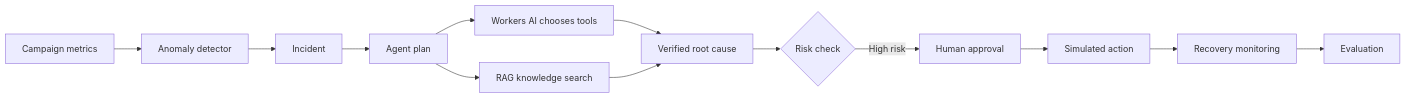
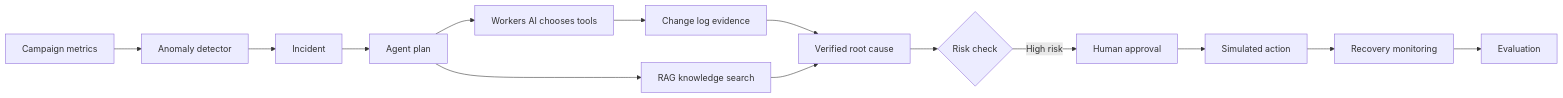
Before and after one commit to kaiying-coder/adpilot: the first of 2 diagrams in README.md, drawn with Mermaid. The commit also changed other lines of this file and 10 other files, not shown here.

````diff
--- a/README.md
+++ b/README.md
@@ -55,15 +55,16 @@
 ```mermaid
 flowchart LR
   A[Campaign metrics] --> B[Anomaly detector]
   B --> C[Incident]
   C --> D[Agent plan]
   D --> E[Workers AI chooses tools]
   D --> F[RAG knowledge search]
-  E --> G[Verified root cause]
+  E --> X[Change log evidence]
+  X --> G[Verified root cause]
   F --> G
   G --> H{Risk check}
   H -->|High risk| I[Human approval]
   I --> J[Simulated action]
   J --> K[Recovery monitoring]
   K --> L[Evaluation]
 ```
````
